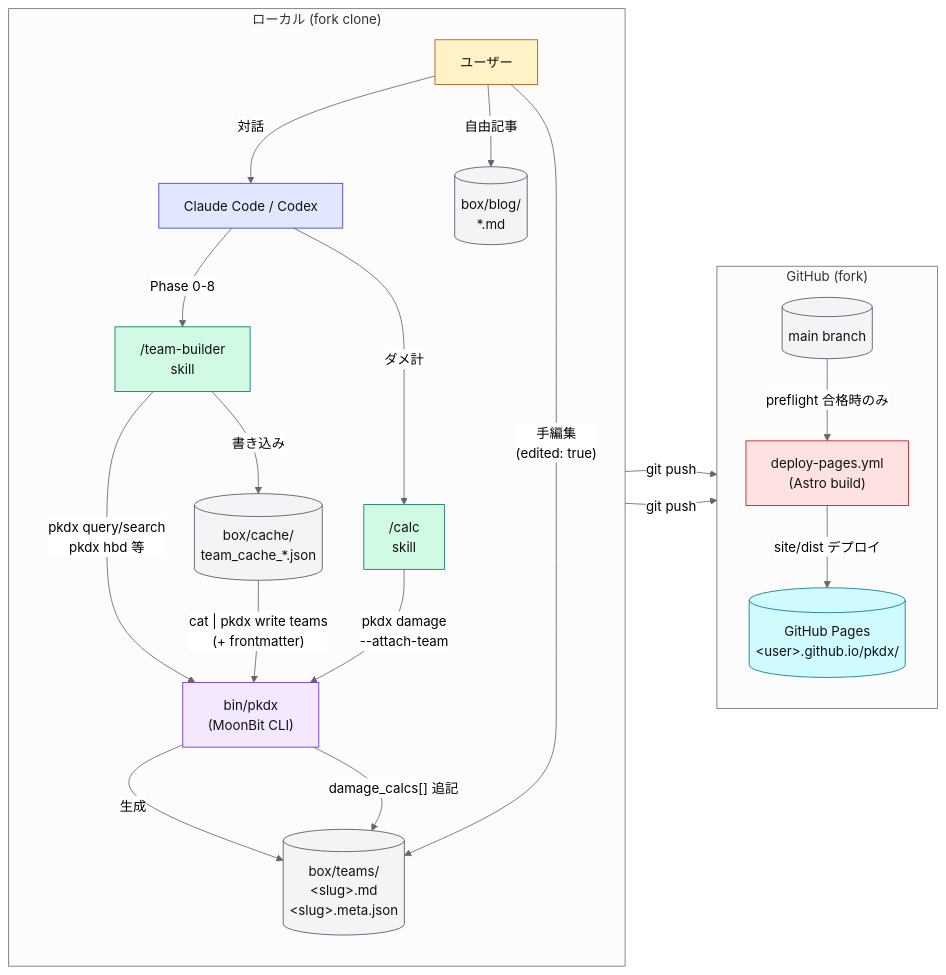
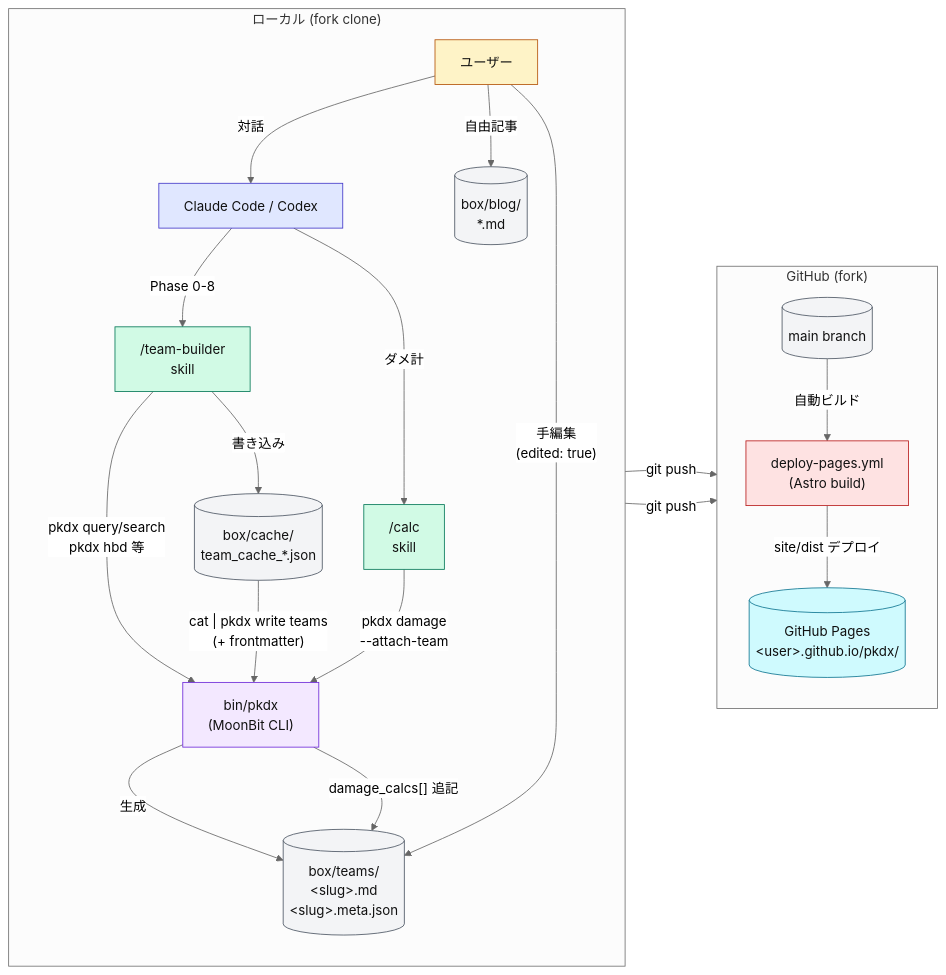
Before and after one commit to pkdxtools/pkdx: the diagram in README.md, drawn with Mermaid (neutral theme). The commit also changed other lines of this file, not shown here.

Commit message:
docs(readme): drop CI-internal jargon from user-facing section
対象読者は構築記事を書きたい対戦プレイヤー。preflight / CI green /
workflow_dispatch などの内部用語は読み手の関心外でノイズになる。
mermaid の矢印ラベルも「自動ビルド」と平易な言い方に揃える。

````diff
--- a/README.md
+++ b/README.md
@@ -77,44 +77,44 @@
 ```mermaid
 flowchart LR
     subgraph Local["ローカル (fork clone)"]
         direction TB
         U["ユーザー"]:::user
         CC["Claude Code / Codex"]:::tool
         TB["/team-builder<br/>skill"]:::skill
         CA["/calc<br/>skill"]:::skill
         PKDX["bin/pkdx<br/>(MoonBit CLI)"]:::cli
         CACHE[("box/cache/<br/>team_cache_*.json")]:::store
         TEAMS[("box/teams/<br/>&lt;slug&gt;.md<br/>&lt;slug&gt;.meta.json")]:::store
         BLOG[("box/blog/<br/>*.md")]:::store
     end
     subgraph GitHub["GitHub (fork)"]
         direction TB
         GIT[("main branch")]:::store
         WF["deploy-pages.yml<br/>(Astro build)"]:::ci
         PAGES[("GitHub Pages<br/>&lt;user&gt;.github.io/pkdx/")]:::pub
     end
 
     U -- "対話" --> CC
     CC -- "Phase 0-8" --> TB
     TB -- "pkdx query/search<br/>pkdx hbd 等" --> PKDX
     TB -- "書き込み" --> CACHE
     CACHE -- "cat | pkdx write teams<br/>(+ frontmatter)" --> PKDX
     PKDX -- "生成" --> TEAMS
     CC -- "ダメ計" --> CA
     CA -- "pkdx damage<br/>--attach-team" --> PKDX
     PKDX -- "damage_calcs[] 追記" --> TEAMS
     U -- "手編集<br/>(edited: true)" --> TEAMS
     U -- "自由記事" --> BLOG
     TEAMS -- "git push" --> GIT
     BLOG -- "git push" --> GIT
-    GIT -- "preflight 合格時のみ" --> WF
+    GIT -- "自動ビルド" --> WF
     WF -- "site/dist デプロイ" --> PAGES
 
     classDef user fill:#fef3c7,stroke:#b45309,color:#111
     classDef tool fill:#e0e7ff,stroke:#4338ca,color:#111
     classDef skill fill:#d1fae5,stroke:#047857,color:#111
     classDef cli fill:#f3e8ff,stroke:#6d28d9,color:#111
     classDef store fill:#f3f4f6,stroke:#4b5563,color:#111
     classDef ci fill:#fee2e2,stroke:#b91c1c,color:#111
     classDef pub fill:#cffafe,stroke:#0e7490,color:#111
 ```
````
